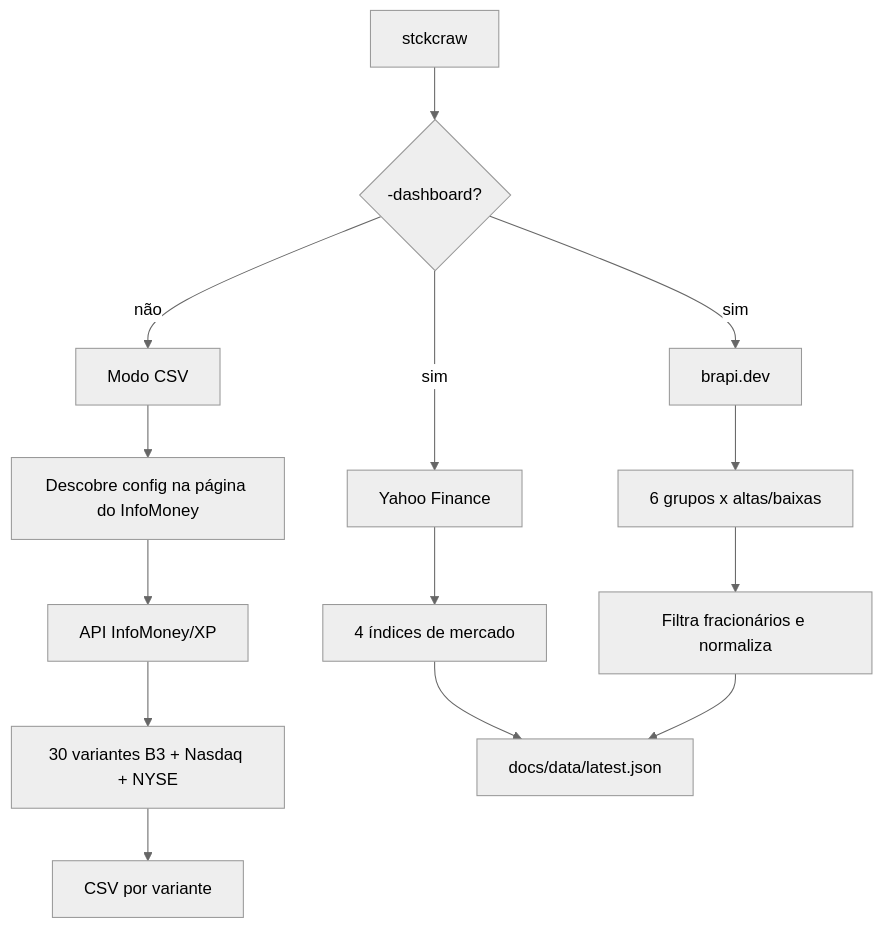
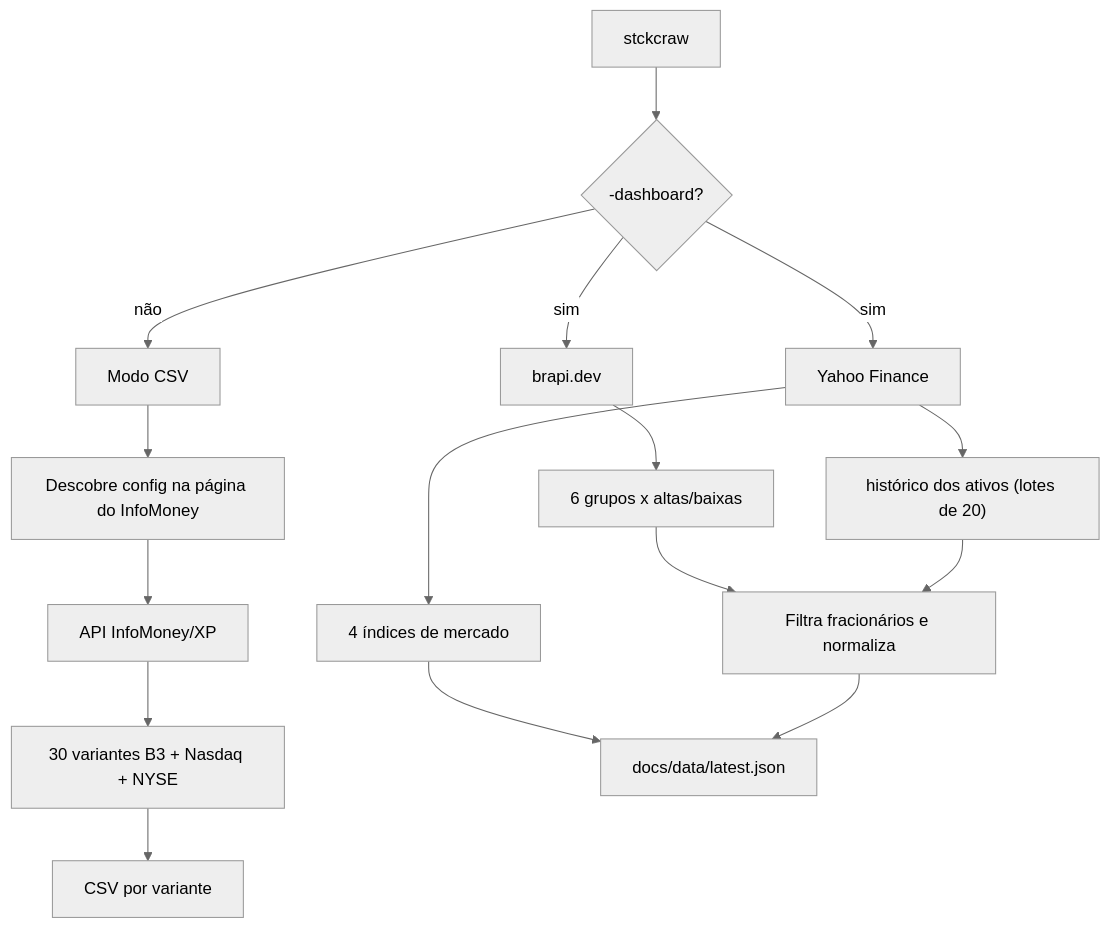
One commit to fabianoflorentino/stckcraw changed the third of 9 diagrams in docs/architecture.md. Above: the diagram before and after it, drawn with Mermaid (neutral theme). The commit also changed other lines of this file and 11 other files, not shown here.

First line of the commit message:
feat(dashboard): add daily charts for indices and assets

````diff
--- a/docs/architecture.md
+++ b/docs/architecture.md
@@ -68,16 +68,18 @@
 ```mermaid
 flowchart TD
   start["stckcraw"] --> mode{"-dashboard?"}
   mode -->|não| csv["Modo CSV"]
   csv --> discover["Descobre config na página do InfoMoney"]
   discover --> xp["API InfoMoney/XP"]
   xp --> variants["30 variantes B3 + Nasdaq + NYSE"]
   variants --> files["CSV por variante"]
   mode -->|sim| brapi["brapi.dev"]
   mode -->|sim| yahoo["Yahoo Finance"]
   brapi --> groups["6 grupos x altas/baixas"]
   yahoo --> indices["4 índices de mercado"]
+  yahoo --> histories["histórico dos ativos (lotes de 20)"]
   groups --> normalize["Filtra fracionários e normaliza"]
   indices --> json["docs/data/latest.json"]
+  histories --> normalize
   normalize --> json
 ```
````
